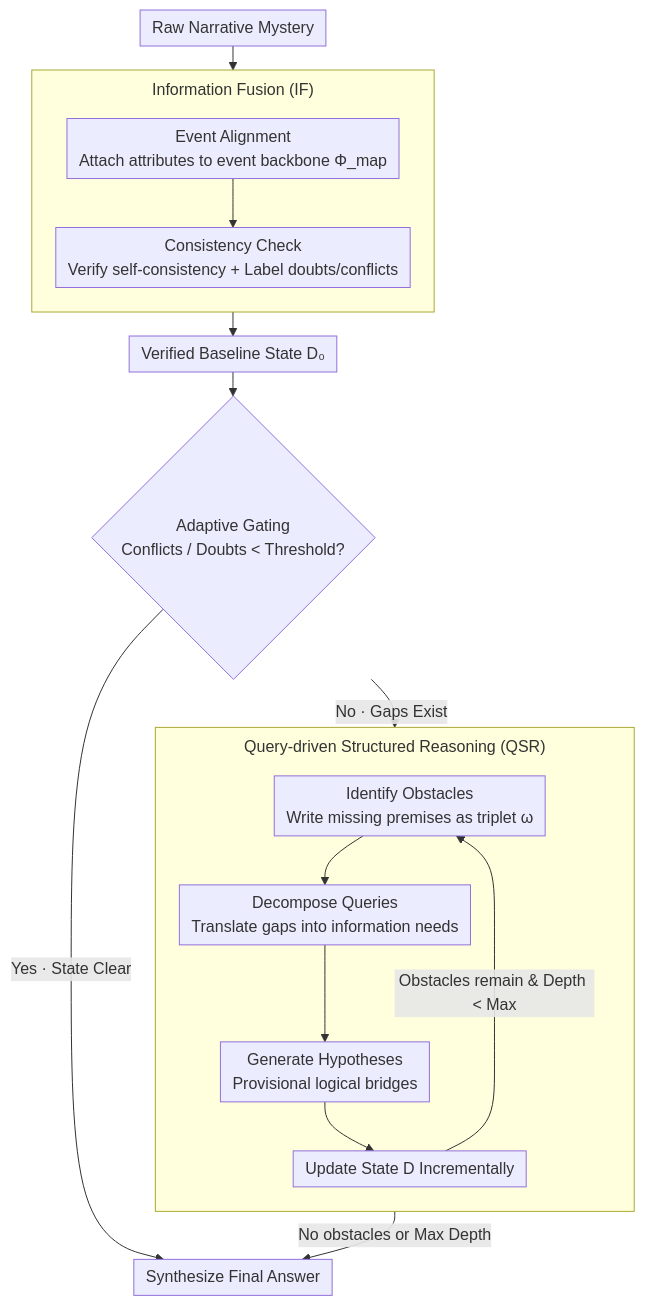
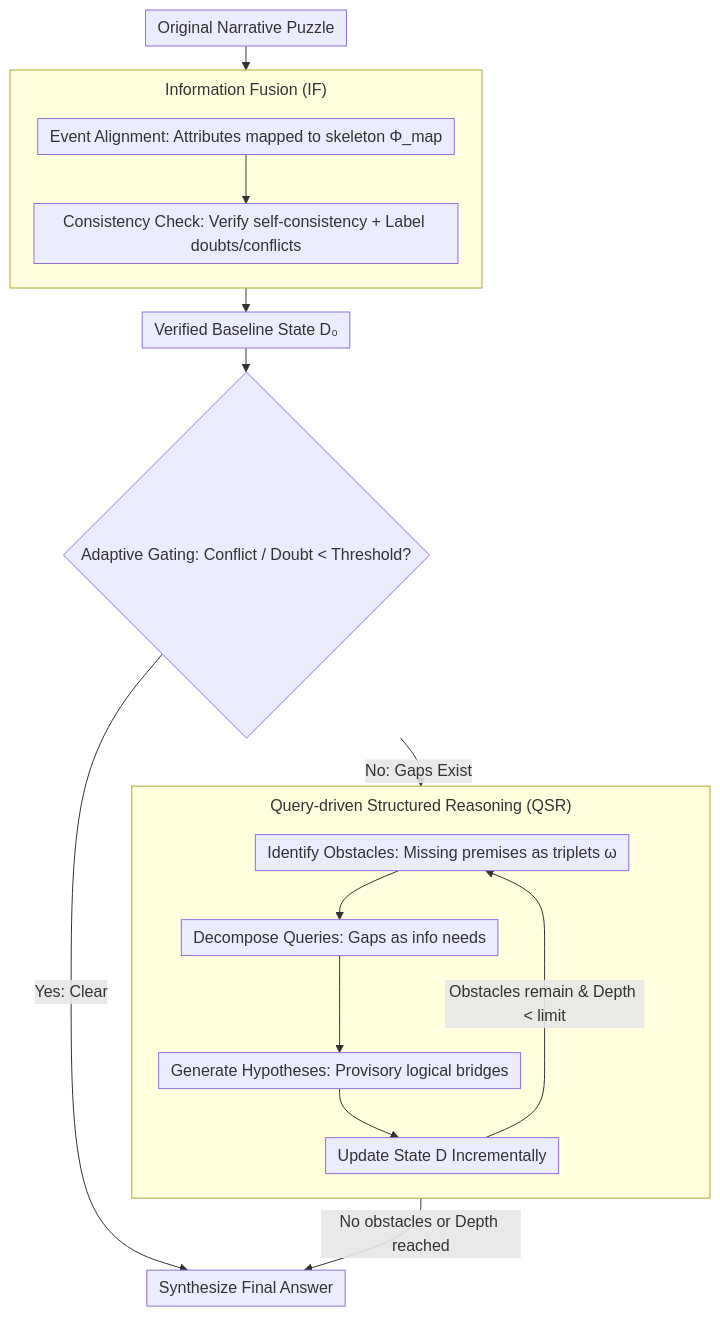
The diagram in docs/ACL2026/llm_reasoning/self-awareness_before_action_mitigating_logical_inertia_via_proactive_cognitive_.md (zhaoyang97/Paper-Notes-en), drawn with Mermaid before and after one commit. The commit also changed other lines of this file and 5084 other files, not shown here.

````diff
--- a/docs/ACL2026/llm_reasoning/self-awareness_before_action_mitigating_logical_inertia_via_proactive_cognitive_.md
+++ b/docs/ACL2026/llm_reasoning/self-awareness_before_action_mitigating_logical_inertia_via_proactive_cognitive_.md
@@ -42,21 +42,21 @@
 ```mermaid
 %%{init: {'flowchart': {'rankSpacing': 24, 'nodeSpacing': 28, 'padding': 6, 'wrappingWidth': 400, 'subGraphTitleMargin': {'top': 8, 'bottom': 16}}}}%%
 flowchart TD
-    A["Raw Narrative Mystery"] --> IF
+    A["Original Narrative Puzzle"] --> IF
     subgraph IF["Information Fusion (IF)"]
         direction TB
-        B["Event Alignment<br/>Attach attributes to event backbone Φ_map"] --> C["Consistency Check<br/>Verify self-consistency + Label doubts/conflicts"]
+        B["Event Alignment: Attributes mapped to skeleton Φ_map"] --> C["Consistency Check: Verify self-consistency + Label doubts/conflicts"]
     end
     IF --> D["Verified Baseline State D₀"]
-    D --> E{"Adaptive Gating<br/>Conflicts / Doubts < Threshold?"}
-    E -->|"Yes · State Clear"| H["Synthesize Final Answer"]
-    E -->|"No · Gaps Exist"| QSR
+    D --> E{"Adaptive Gating: Conflict / Doubt < Threshold?"}
+    E -->|"Yes: Clear"| H["Synthesize Final Answer"]
+    E -->|"No: Gaps Exist"| QSR
     subgraph QSR["Query-driven Structured Reasoning (QSR)"]
         direction TB
-        F1["Identify Obstacles<br/>Write missing premises as triplet ω"] --> F2["Decompose Queries<br/>Translate gaps into information needs"]
-        F2 --> F3["Generate Hypotheses<br/>Provisional logical bridges"]
+        F1["Identify Obstacles: Missing premises as triplets ω"] --> F2["Decompose Queries: Gaps as info needs"]
+        F2 --> F3["Generate Hypotheses: Provisory logical bridges"]
         F3 --> F4["Update State D Incrementally"]
-        F4 -->|"Obstacles remain & Depth < Max"| F1
+        F4 -->|"Obstacles remain & Depth < limit"| F1
     end
-    F4 -->|"No obstacles or Max Depth"| H
+    F4 -->|"No obstacles or Depth reached"| H
 ```
````
